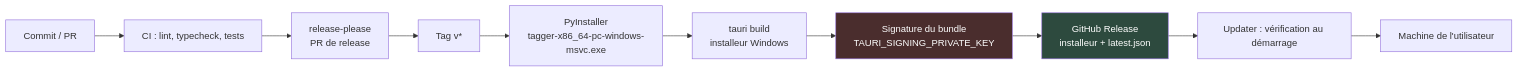
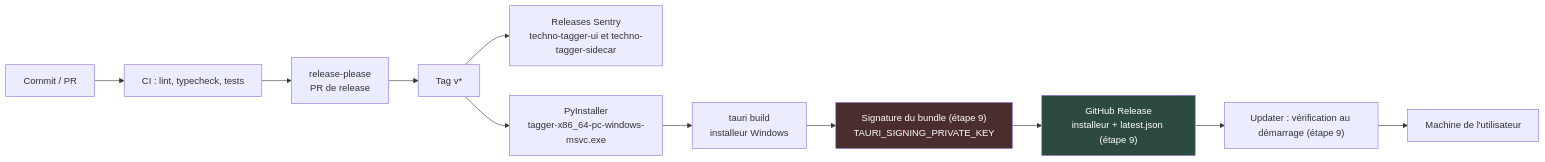
One commit to thibaud57/techno-tagger changed the fifth of 5 diagrams in docs/ARCHITECTURE.md. Above: the diagram before and after it, drawn with Mermaid. The commit also changed other lines of this file and 315 other files, not shown here.

````diff
--- a/docs/ARCHITECTURE.md
+++ b/docs/ARCHITECTURE.md
@@ -710,15 +769,16 @@
 ```mermaid
 graph LR
     dev["Commit / PR"] --> ci["CI : lint, typecheck, tests"]
     ci --> rp["release-please<br/>PR de release"]
     rp --> tag["Tag v*"]
+    tag --> sr["Releases Sentry<br/>techno-tagger-ui et techno-tagger-sidecar"]
     tag --> pyi["PyInstaller<br/>tagger-x86_64-pc-windows-msvc.exe"]
     pyi --> tb["tauri build<br/>installeur Windows"]
-    tb --> sig["Signature du bundle<br/>TAURI_SIGNING_PRIVATE_KEY"]
-    sig --> rel["GitHub Release<br/>installeur + latest.json"]
-    rel --> upd["Updater : vérification au démarrage"]
+    tb --> sig["Signature du bundle (étape 9)<br/>TAURI_SIGNING_PRIVATE_KEY"]
+    sig --> rel["GitHub Release<br/>installeur + latest.json (étape 9)"]
+    rel --> upd["Updater : vérification au démarrage (étape 9)"]
     upd --> user["Machine de l'utilisateur"]
 
     style sig fill:#4a2d2d,color:#fff
     style rel fill:#2d4a3e,color:#fff
 ```
````
